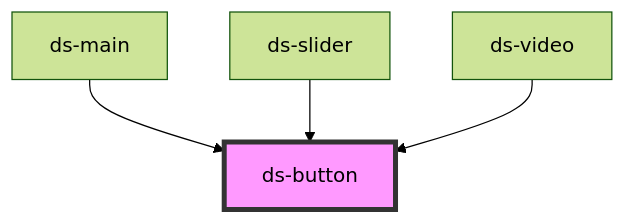
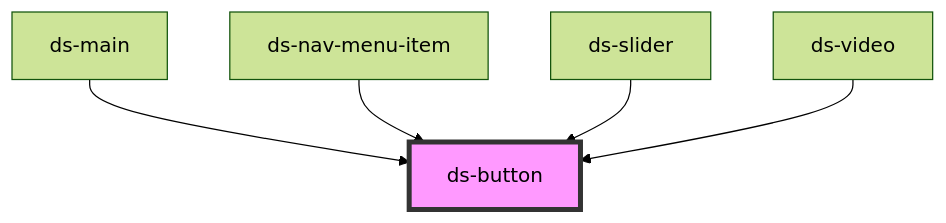
One commit to jezoock/dot-stash changed the diagram in src/components/ui/button/readme.md. Above: the diagram before and after it, drawn with Mermaid (forest theme). The commit also changed other lines of this file and 104 other files, not shown here.

````diff
--- a/src/components/ui/button/readme.md
+++ b/src/components/ui/button/readme.md
@@ -36,7 +37,8 @@
 ```mermaid
 graph TD;
   ds-main --> ds-button
+  ds-nav-menu-item --> ds-button
   ds-slider --> ds-button
   ds-video --> ds-button
   style ds-button fill:#f9f,stroke:#333,stroke-width:4px
 ```
````
